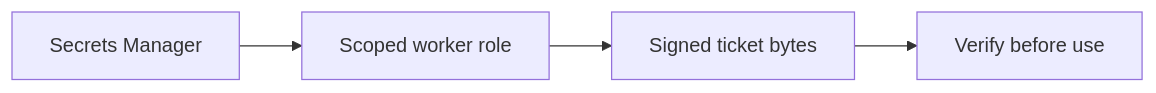
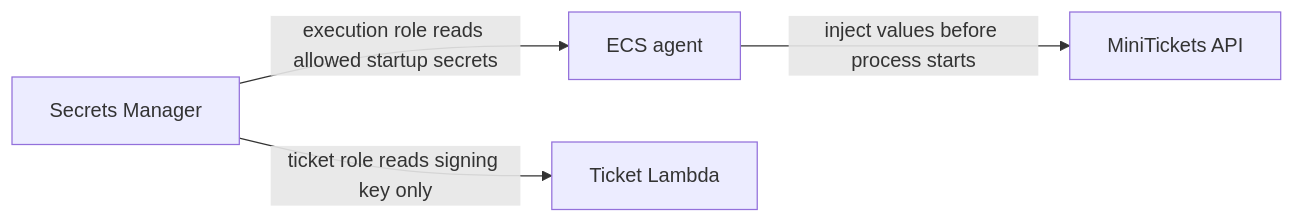
Before and after one commit to maheshnd/minitickets: the diagram in docs/handbook/concepts/secrets-management.md, drawn with Mermaid. The commit also changed other lines of this file and 119 other files, not shown here.

````diff
--- a/docs/handbook/concepts/secrets-management.md
+++ b/docs/handbook/concepts/secrets-management.md
@@ -17,7 +18,6 @@
 ```mermaid
 flowchart LR
-    n0["Secrets Manager"] --> n1
-    n1["Scoped worker role"] --> n2
-    n2["Signed ticket bytes"] --> n3
-    n3["Verify before use"]
+    safe["Secrets Manager"] -->|"execution role reads allowed startup secrets"| ecs["ECS agent"]
+    ecs -->|"inject values before process starts"| api["MiniTickets API"]
+    safe -->|"ticket role reads signing key only"| signer["Ticket Lambda"]
 ```
````
